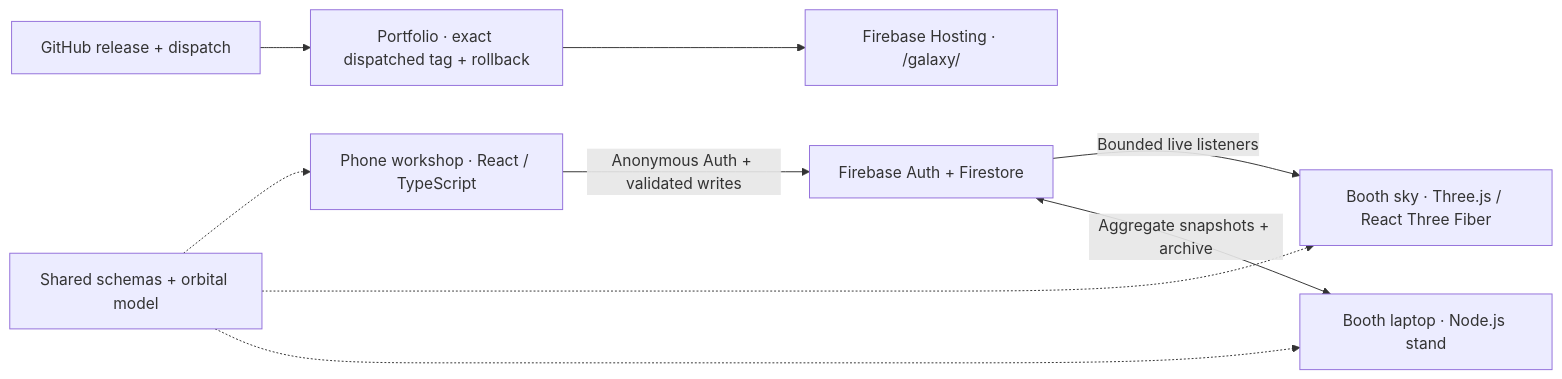
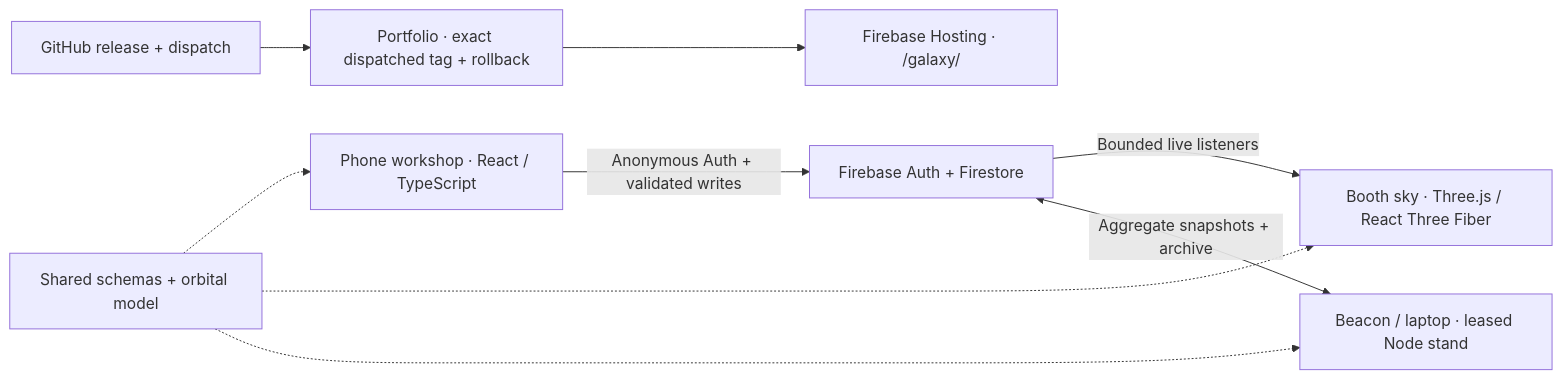
One commit to alexanderkholodov1/little-galaxy changed the diagram in README.md. Above: the diagram before and after it, drawn with Mermaid. The commit also changed 8 other files, not shown here.

````diff
--- a/README.md
+++ b/README.md
@@ -28,11 +28,11 @@
 ```mermaid
 flowchart LR
   Phone["Phone workshop · React / TypeScript"] -->|"Anonymous Auth + validated writes"| Data["Firebase Auth + Firestore"]
   Data -->|"Bounded live listeners"| Screen["Booth sky · Three.js / React Three Fiber"]
-  Data <-->|"Aggregate snapshots + archive"| Stand["Booth laptop · Node.js stand"]
+  Data <-->|"Aggregate snapshots + archive"| Stand["Beacon / laptop · leased Node stand"]
   Shared["Shared schemas + orbital model"] -.-> Phone
   Shared -.-> Screen
   Shared -.-> Stand
   Release["GitHub release + dispatch"] --> Portfolio["Portfolio · exact dispatched tag + rollback"]
   Portfolio --> Hosting["Firebase Hosting · /galaxy/"]
 ```
````
